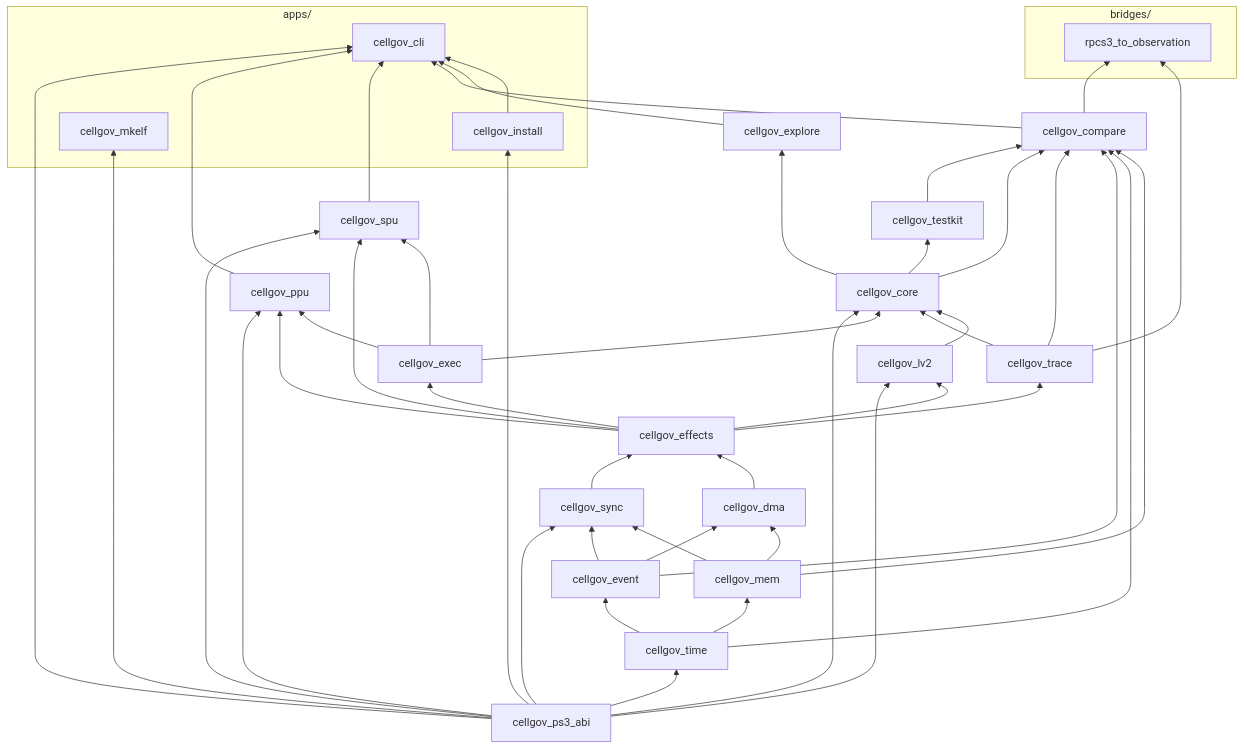
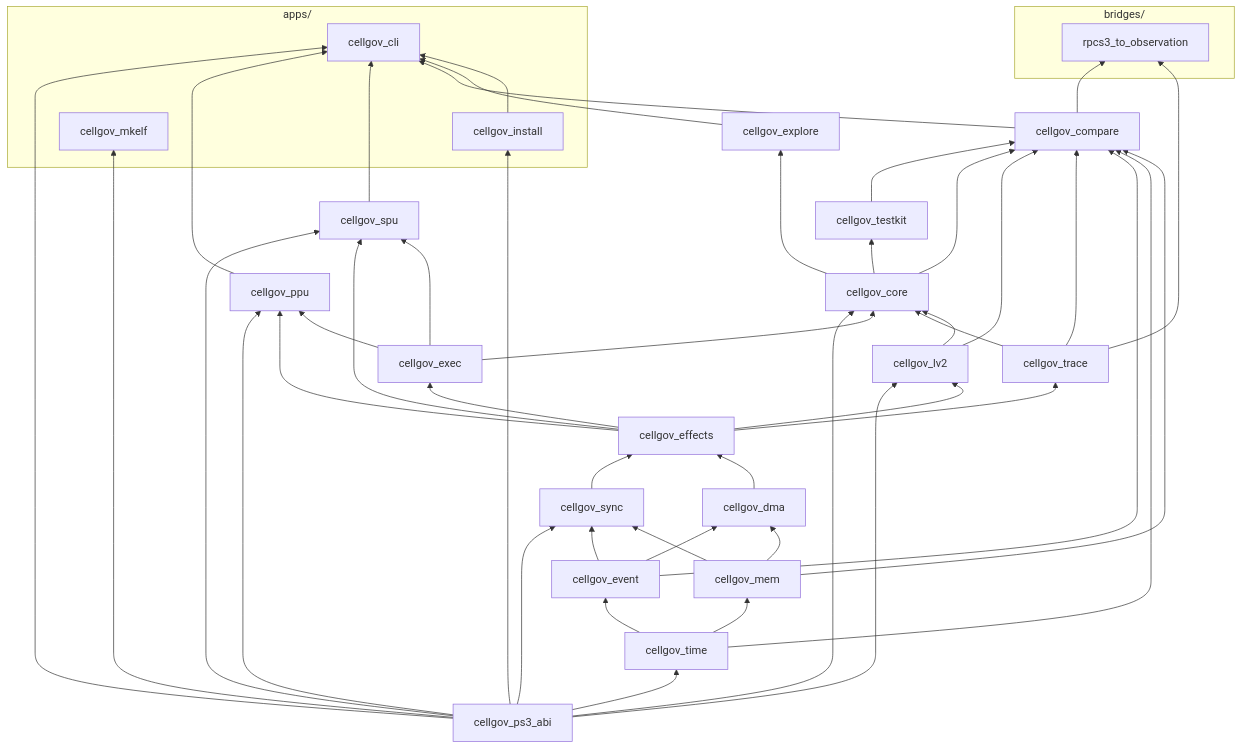
Before and after one commit to RoyalAce22/CellGov: the diagram in docs/architecture.md, drawn with Mermaid. The commit also changed 11 other files, not shown here.

```diff
--- a/docs/architecture.md
+++ b/docs/architecture.md
@@ -90,6 +90,7 @@
 
   testkit --> compare
   core --> compare
+  lv2 --> compare
   trace --> compare
   event --> compare
   time --> compare
```
